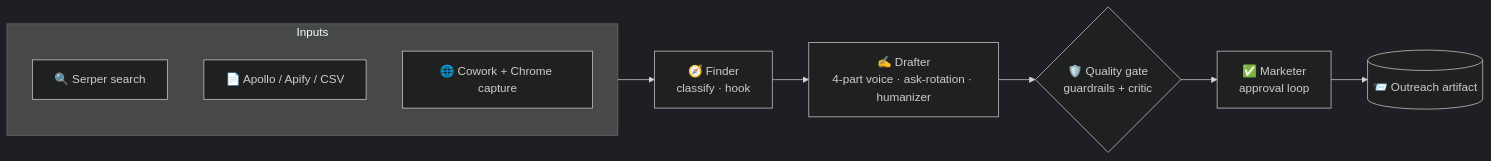
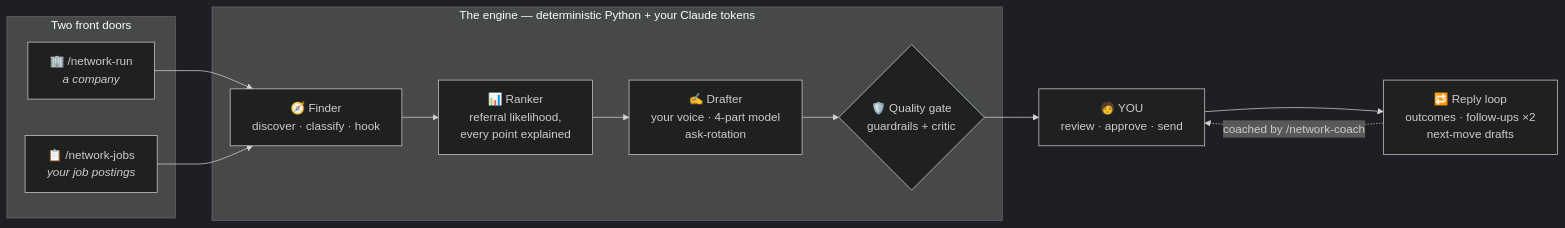
The diagram in README.md (Siddardth7/networking-agent), drawn with Mermaid (dark theme) before and after one commit. The commit also changed other lines of this file and 1 other file, not shown here.

````diff
--- a/README.md
+++ b/README.md
@@ -54,13 +228,19 @@
 ```mermaid
 flowchart LR
-    subgraph IN [" Inputs "]
-      A[🔍 Serper search]
-      B[📄 Apollo / Apify / CSV]
-      C[🌐 Cowork + Chrome capture]
+    subgraph doors [" Two front doors "]
+      R["🏢 /network-run<br/><i>a company</i>"]
+      J["📋 /network-jobs<br/><i>your job postings</i>"]
     end
-    IN --> F[🧭 Finder<br/>classify · hook]
-    F --> D[✍️ Drafter<br/>4-part voice · ask-rotation · humanizer]
-    D --> Q{🛡️ Quality gate<br/>guardrails + critic}
-    Q --> M[✅ Marketer<br/>approval loop]
-    M --> O[(📨 Outreach artifact)]
+    subgraph engine [" The engine — deterministic Python + your Claude tokens "]
+      F["🧭 Finder<br/>discover · classify · hook"]
+      RK["📊 Ranker<br/>referral likelihood,<br/>every point explained"]
+      D["✍️ Drafter<br/>your voice · 4-part model<br/>ask-rotation"]
+      G{"🛡️ Quality gate<br/>guardrails + critic"}
+    end
+    Y["🧑 YOU<br/>review · approve · send"]
+    L["🔁 Reply loop<br/>outcomes · follow-ups ×2<br/>next-move drafts"]
+    R --> F
+    J --> F
+    F --> RK --> D --> G --> Y --> L
+    L -.->|coached by /network-coach| Y
 ```
````
